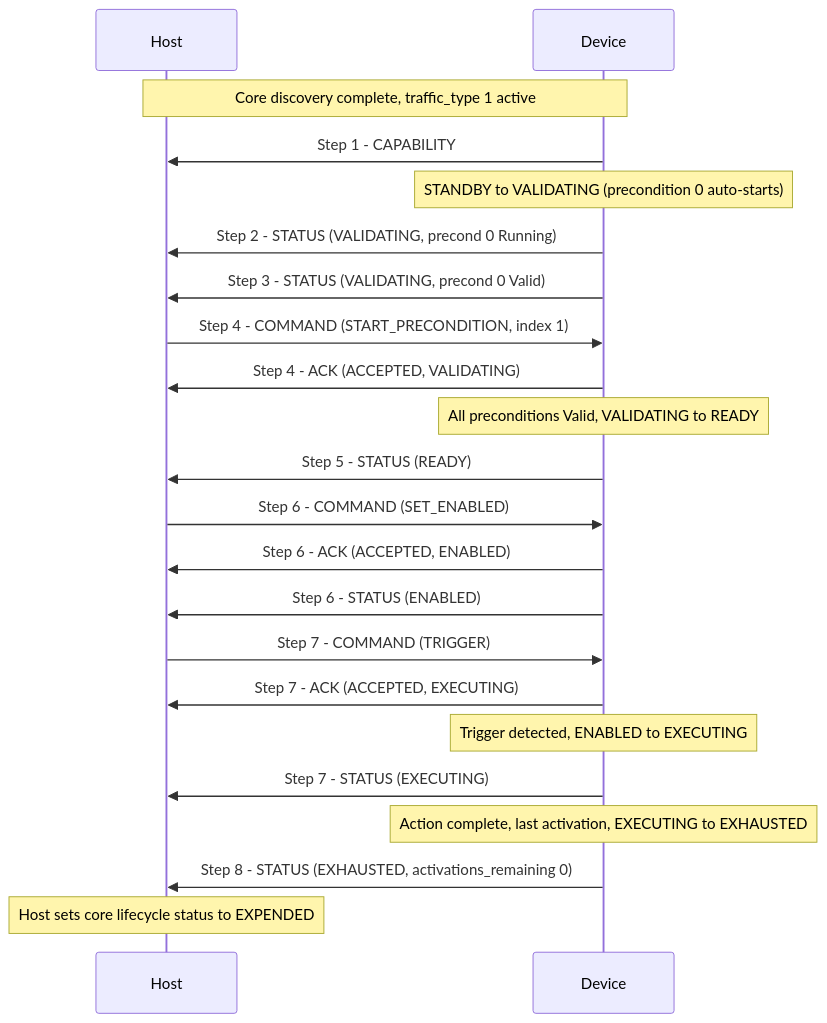
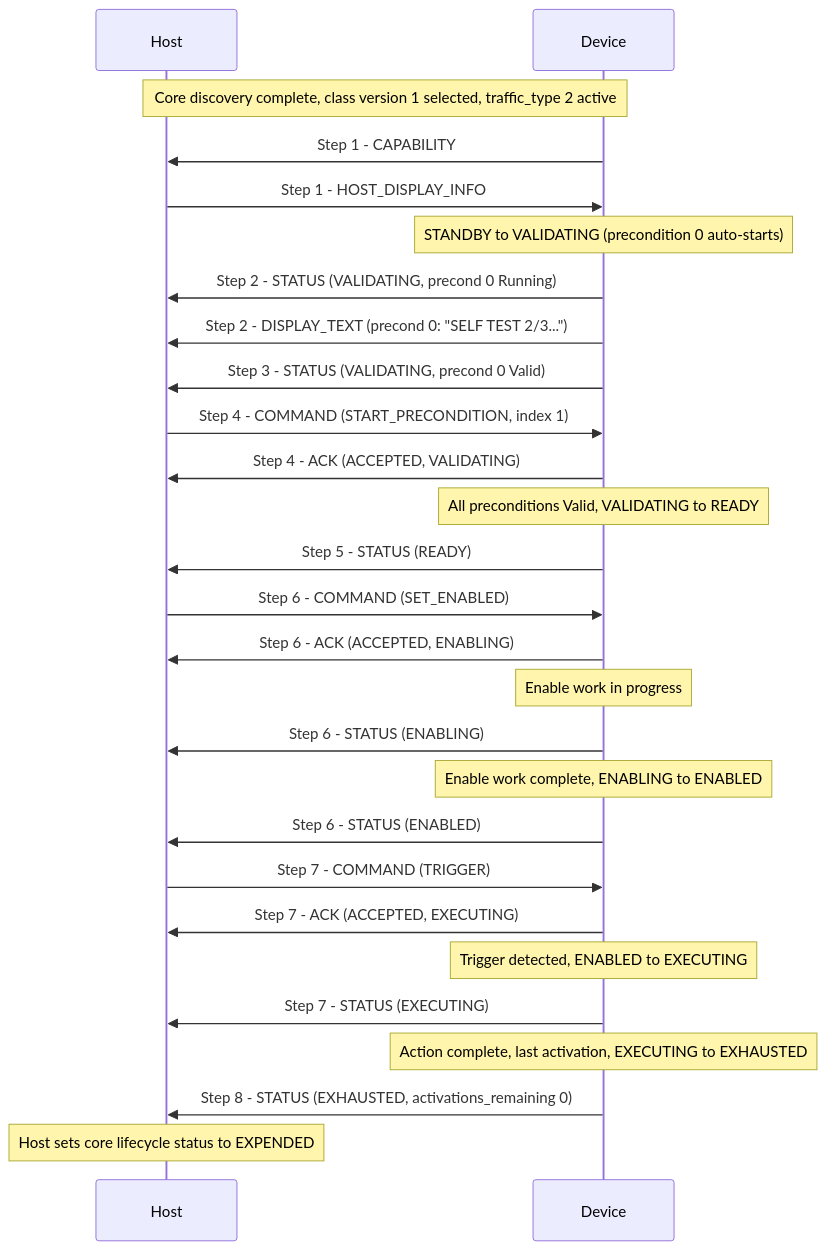
The second of 2 diagrams in spec/APEX_Device_Class_Activation.md (Neros-Technologies/APEX), drawn with Mermaid before and after one commit. The commit also changed other lines of this file and 32 other files, not shown here.

````diff
--- a/spec/APEX_Device_Class_Activation.md
+++ b/spec/APEX_Device_Class_Activation.md
@@ -558,24 +629,29 @@
 ```mermaid
 sequenceDiagram
     participant H as Host
     participant D as Device
-    Note over H,D: Core discovery complete, traffic_type 1 active
+    Note over H,D: Core discovery complete, class version 1 selected, traffic_type 2 active
     D->>H: Step 1 - CAPABILITY
+    H->>D: Step 1 - HOST_DISPLAY_INFO
     Note over D: STANDBY to VALIDATING (precondition 0 auto-starts)
     D->>H: Step 2 - STATUS (VALIDATING, precond 0 Running)
+    D->>H: Step 2 - DISPLAY_TEXT (precond 0: "SELF TEST 2/3...")
     D->>H: Step 3 - STATUS (VALIDATING, precond 0 Valid)
     H->>D: Step 4 - COMMAND (START_PRECONDITION, index 1)
     D->>H: Step 4 - ACK (ACCEPTED, VALIDATING)
     Note over D: All preconditions Valid, VALIDATING to READY
     D->>H: Step 5 - STATUS (READY)
     H->>D: Step 6 - COMMAND (SET_ENABLED)
-    D->>H: Step 6 - ACK (ACCEPTED, ENABLED)
+    D->>H: Step 6 - ACK (ACCEPTED, ENABLING)
+    Note over D: Enable work in progress
+    D->>H: Step 6 - STATUS (ENABLING)
+    Note over D: Enable work complete, ENABLING to ENABLED
     D->>H: Step 6 - STATUS (ENABLED)
     H->>D: Step 7 - COMMAND (TRIGGER)
     D->>H: Step 7 - ACK (ACCEPTED, EXECUTING)
     Note over D: Trigger detected, ENABLED to EXECUTING
     D->>H: Step 7 - STATUS (EXECUTING)
     Note over D: Action complete, last activation, EXECUTING to EXHAUSTED
     D->>H: Step 8 - STATUS (EXHAUSTED, activations_remaining 0)
     Note over H: Host sets core lifecycle status to EXPENDED
 ```
````
